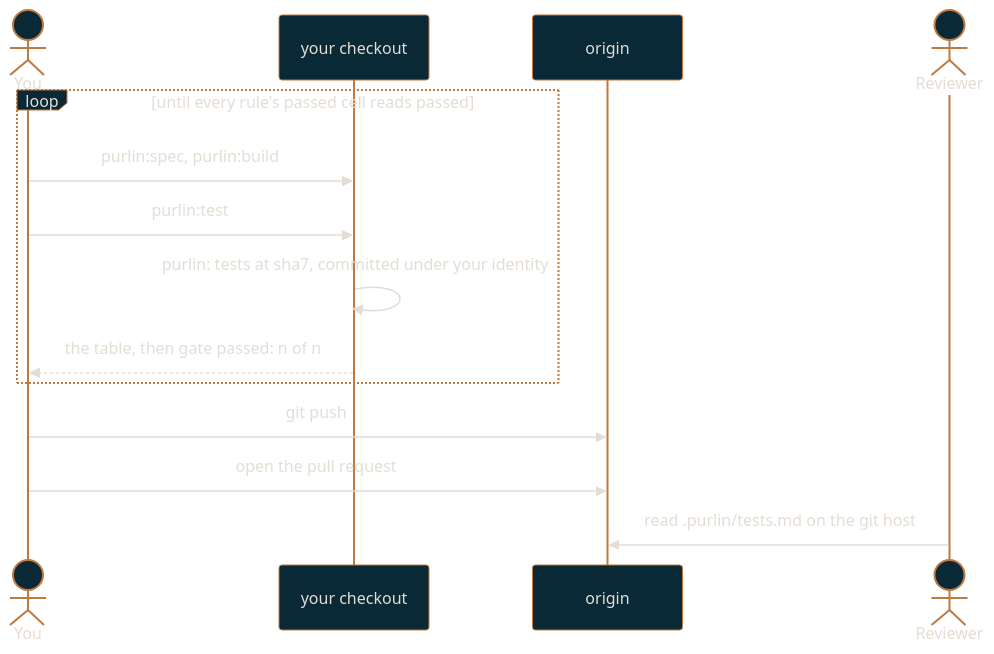
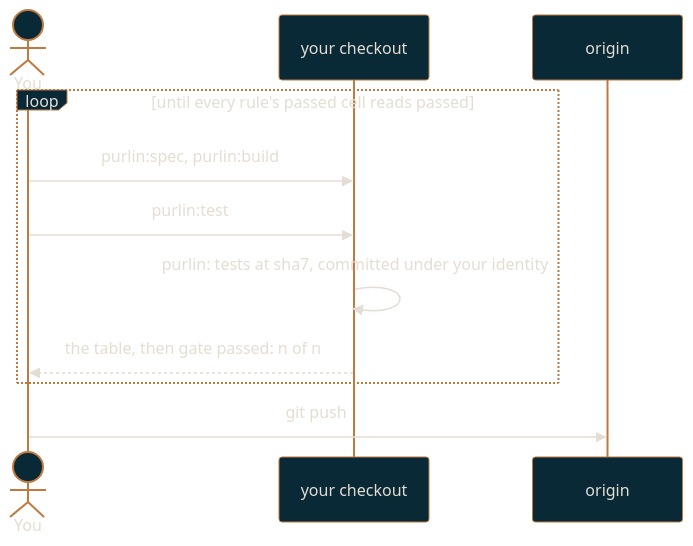
One commit to rlabarca/purlin changed the diagram in docs/solo-workflow.md. Above: the diagram before and after it, drawn with Mermaid. The commit also changed other lines of this file and 13 other files, not shown here.

````diff
--- a/docs/solo-workflow.md
+++ b/docs/solo-workflow.md
@@ -15,17 +16,14 @@
 ```mermaid
 %%{init: {"theme": "base", "themeVariables": {"background": "#0C3444", "primaryColor": "#092936", "primaryTextColor": "#E4DDD4", "primaryBorderColor": "#C0793F", "lineColor": "#C0793F", "secondaryColor": "#0C3444", "tertiaryColor": "#092936", "fontFamily": "Arial", "textColor": "#E4DDD4"}}}%%
 sequenceDiagram
     actor You
     participant Tree as your checkout
     participant Origin as origin
-    actor Reviewer
     loop until every rule's passed cell reads passed
         You->>Tree: purlin:spec, purlin:build
         You->>Tree: purlin:test
         Tree->>Tree: purlin: tests at sha7, committed under your identity
         Tree-->>You: the table, then gate passed: n of n
     end
     You->>Origin: git push
-    You->>Origin: open the pull request
-    Reviewer->>Origin: read .purlin/tests.md on the git host
 ```
````
